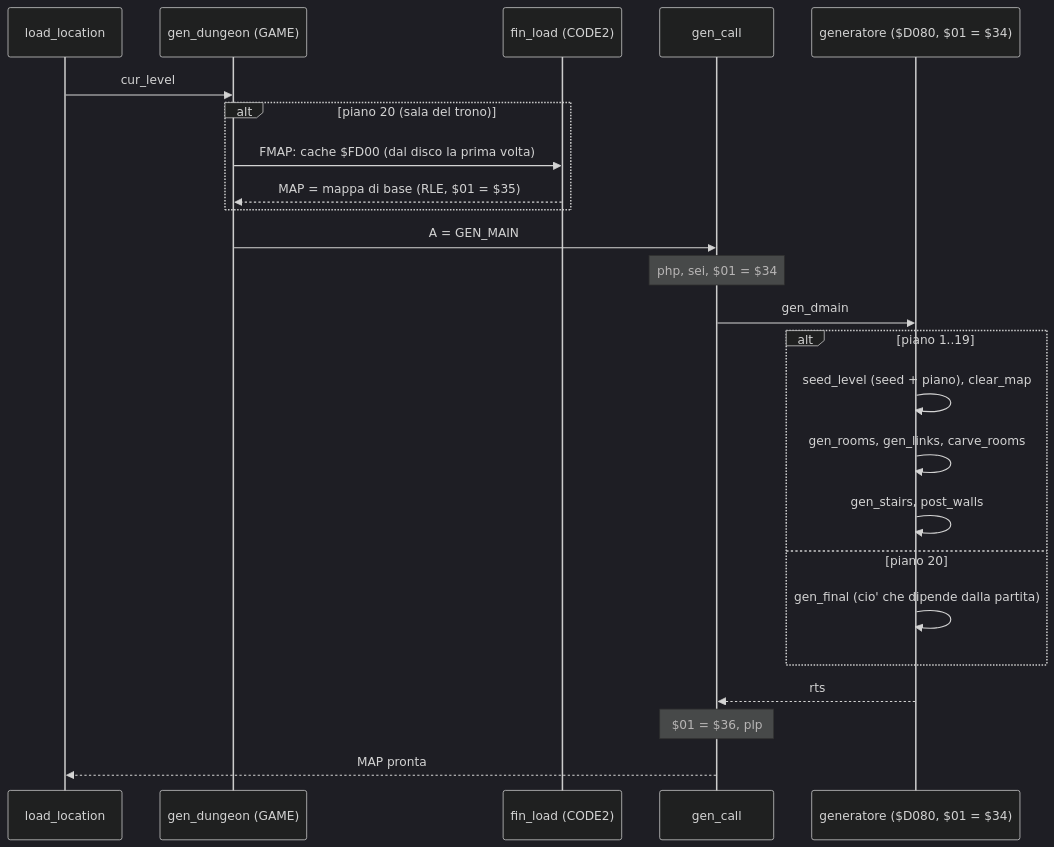
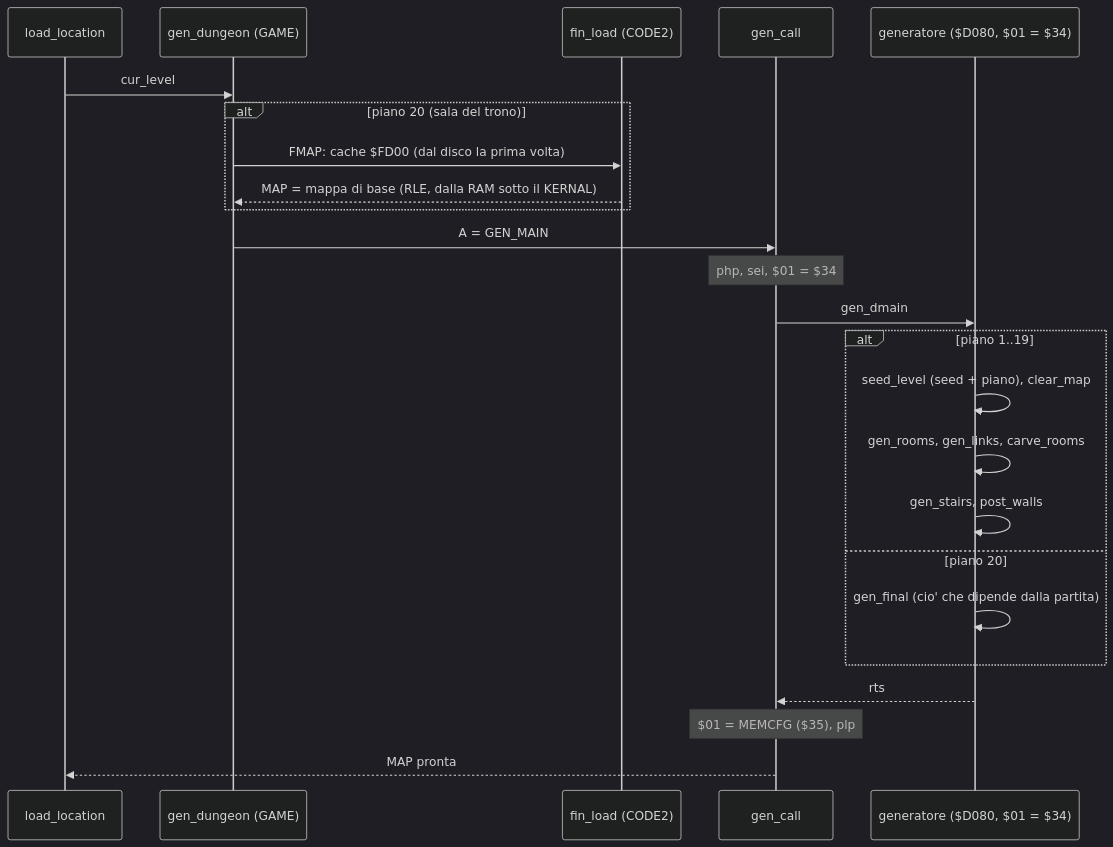
One commit to caporalesimone/barbarian-the-blood-path changed the eighth of 18 diagrams in docs/wiki/flussi.md. Above: the diagram before and after it, drawn with Mermaid (dark theme). The commit also changed other lines of this file and 24 other files, not shown here.

````diff
--- a/docs/wiki/flussi.md
+++ b/docs/wiki/flussi.md
@@ -206,26 +206,26 @@
 ```mermaid
 sequenceDiagram
     participant L as load_location
     participant D as gen_dungeon (GAME)
     participant F as fin_load (CODE2)
     participant C as gen_call
     participant G as generatore ($D080, $01 = $34)
     L->>D: cur_level
     alt piano 20 (sala del trono)
         D->>F: FMAP: cache $FD00 (dal disco la prima volta)
-        F-->>D: MAP = mappa di base (RLE, $01 = $35)
+        F-->>D: MAP = mappa di base (RLE, dalla RAM sotto il KERNAL)
     end
     D->>C: A = GEN_MAIN
     Note over C: php, sei, $01 = $34
     C->>G: gen_dmain
     alt piano 1..19
         G->>G: seed_level (seed + piano), clear_map
         G->>G: gen_rooms, gen_links, carve_rooms
         G->>G: gen_stairs, post_walls
     else piano 20
         G->>G: gen_final (cio' che dipende dalla partita)
     end
     G-->>C: rts
-    Note over C: $01 = $36, plp
+    Note over C: $01 = MEMCFG ($35), plp
     C-->>L: MAP pronta
 ```
````
